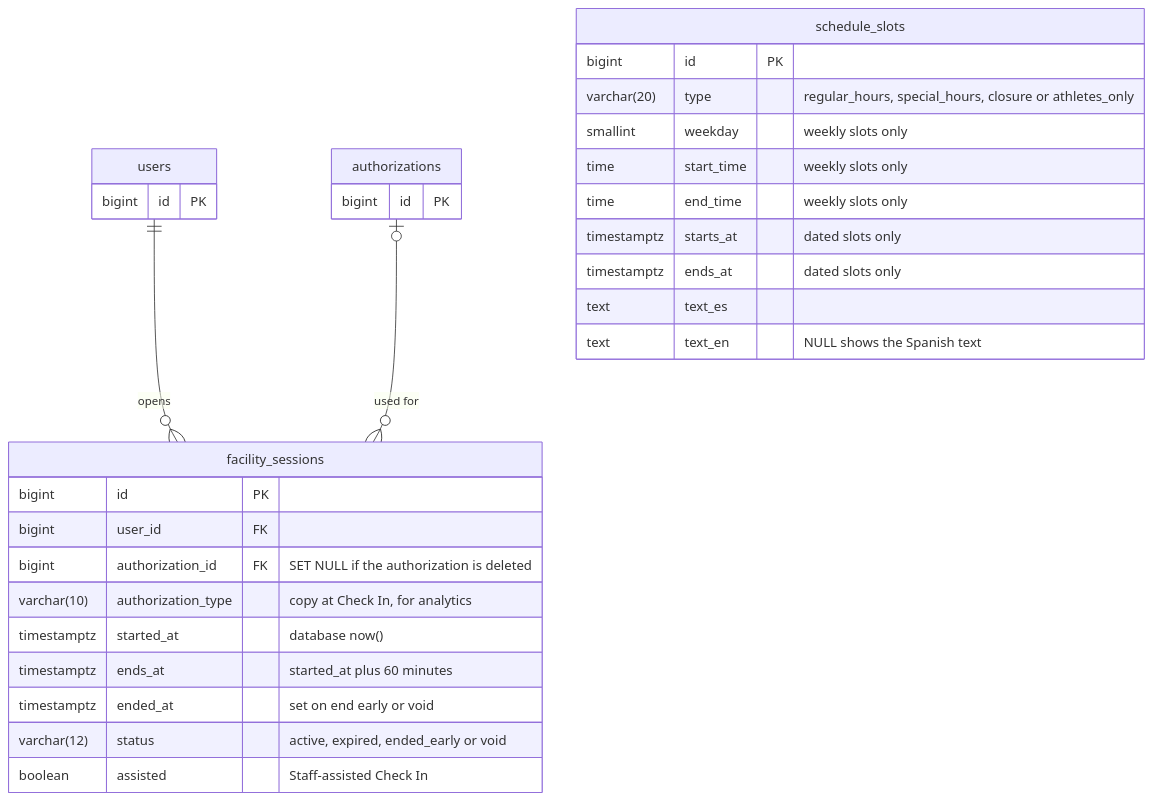
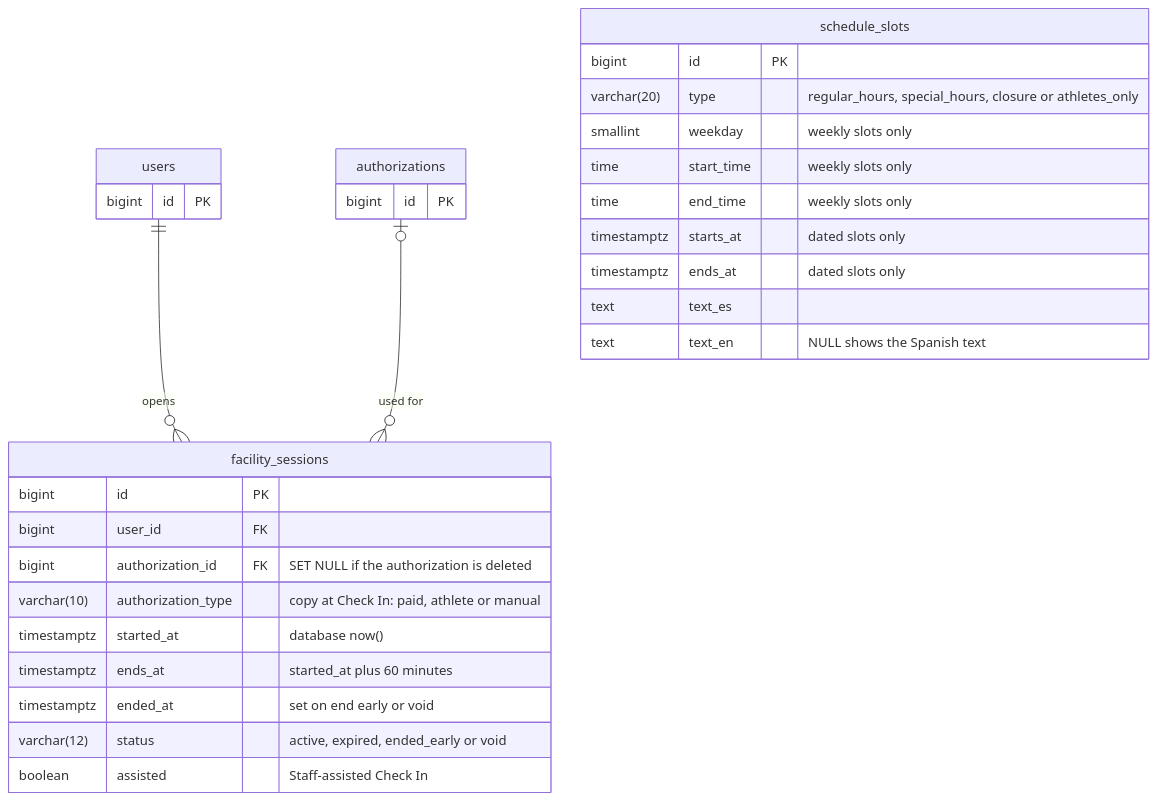
One commit to Th3-Minorities/natatorio-gym-app changed the third of 4 diagrams in docs/design/data-model.md. Above: the diagram before and after it, drawn with Mermaid. The commit also changed other lines of this file, not shown here.

````diff
--- a/docs/design/data-model.md
+++ b/docs/design/data-model.md
@@ -194,34 +203,34 @@
 ```mermaid
 erDiagram
   users ||--o{ facility_sessions : "opens"
   authorizations |o--o{ facility_sessions : "used for"
 
   users {
     bigint id PK
   }
   authorizations {
     bigint id PK
   }
   facility_sessions {
     bigint id PK
     bigint user_id FK
     bigint authorization_id FK "SET NULL if the authorization is deleted"
-    varchar(10) authorization_type "copy at Check In, for analytics"
+    varchar(10) authorization_type "copy at Check In: paid, athlete or manual"
     timestamptz started_at "database now()"
     timestamptz ends_at "started_at plus 60 minutes"
     timestamptz ended_at "set on end early or void"
     varchar(12) status "active, expired, ended_early or void"
     boolean assisted "Staff-assisted Check In"
   }
   schedule_slots {
     bigint id PK
     varchar(20) type "regular_hours, special_hours, closure or athletes_only"
     smallint weekday "weekly slots only"
     time start_time "weekly slots only"
     time end_time "weekly slots only"
     timestamptz starts_at "dated slots only"
     timestamptz ends_at "dated slots only"
     text text_es
     text text_en "NULL shows the Spanish text"
   }
 ```
````
